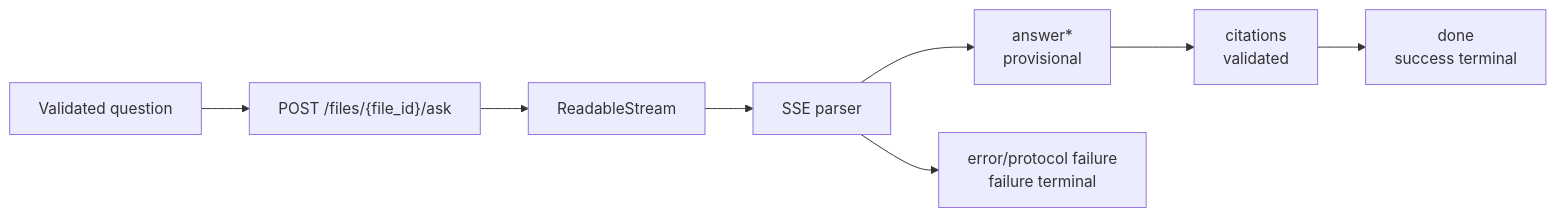
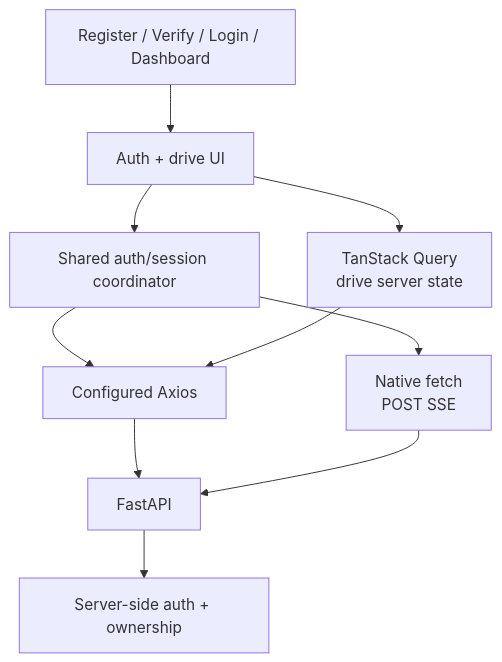
The second of 2 diagrams in client/AGENTS.md (RyxnDmello/atlas), drawn with Mermaid before and after one commit. The commit also changed other lines of this file and 49 other files, not shown here.

````diff
--- a/client/AGENTS.md
+++ b/client/AGENTS.md
@@ -154,10 +190,12 @@
 ```mermaid
-flowchart LR
-    Question["Validated question"] --> Post["POST /files/{file_id}/ask"]
-    Post --> Stream["ReadableStream"]
-    Stream --> Parser["SSE parser"]
-    Parser --> Answer["answer*<br/>provisional"]
-    Answer --> Citations["citations<br/>validated"]
-    Citations --> Done["done<br/>success terminal"]
-    Parser --> Error["error/protocol failure<br/>failure terminal"]
+flowchart TD
+    Routes["Register / Verify / Login / Dashboard"] --> AuthUI["Auth + drive UI"]
+    AuthUI --> Session["Shared auth/session coordinator"]
+    AuthUI --> Query["TanStack Query<br/>drive server state"]
+    Session --> Axios["Configured Axios"]
+    Session --> Fetch["Native fetch<br/>POST SSE"]
+    Query --> Axios
+    Axios --> API["FastAPI"]
+    Fetch --> API
+    API --> Guard["Server-side auth + ownership"]
 ```
````
